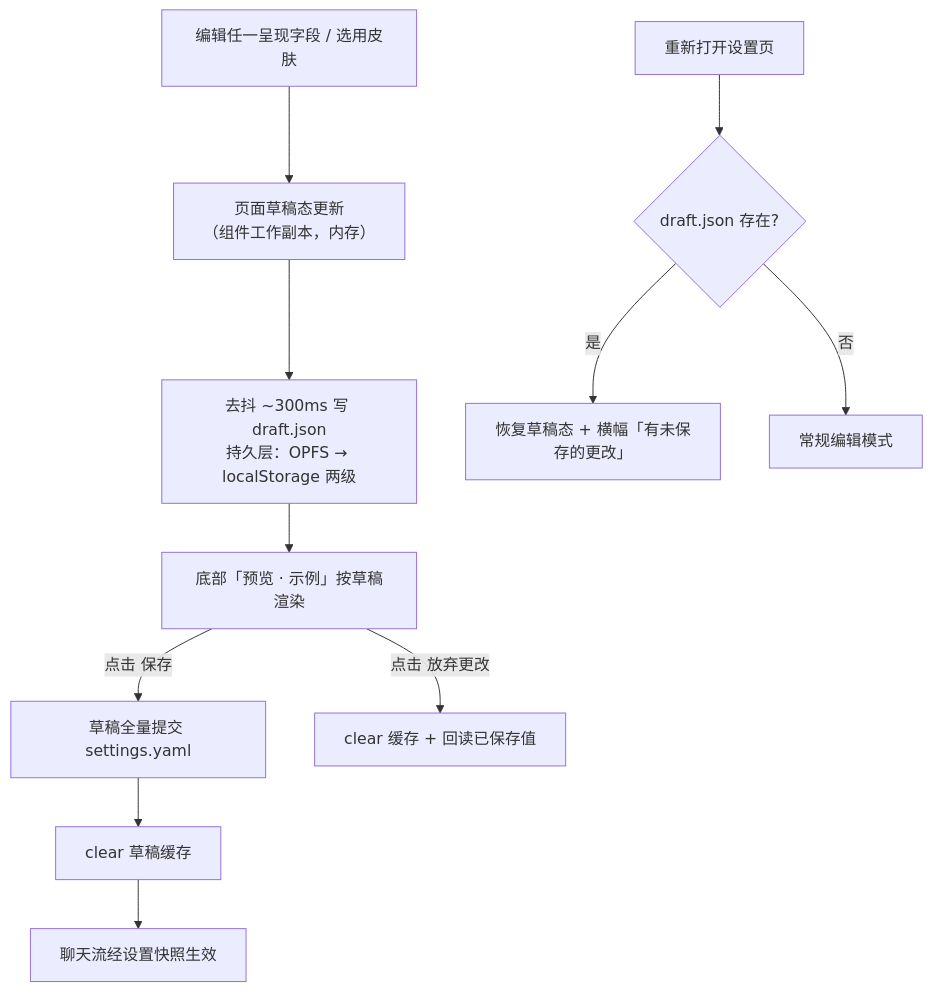
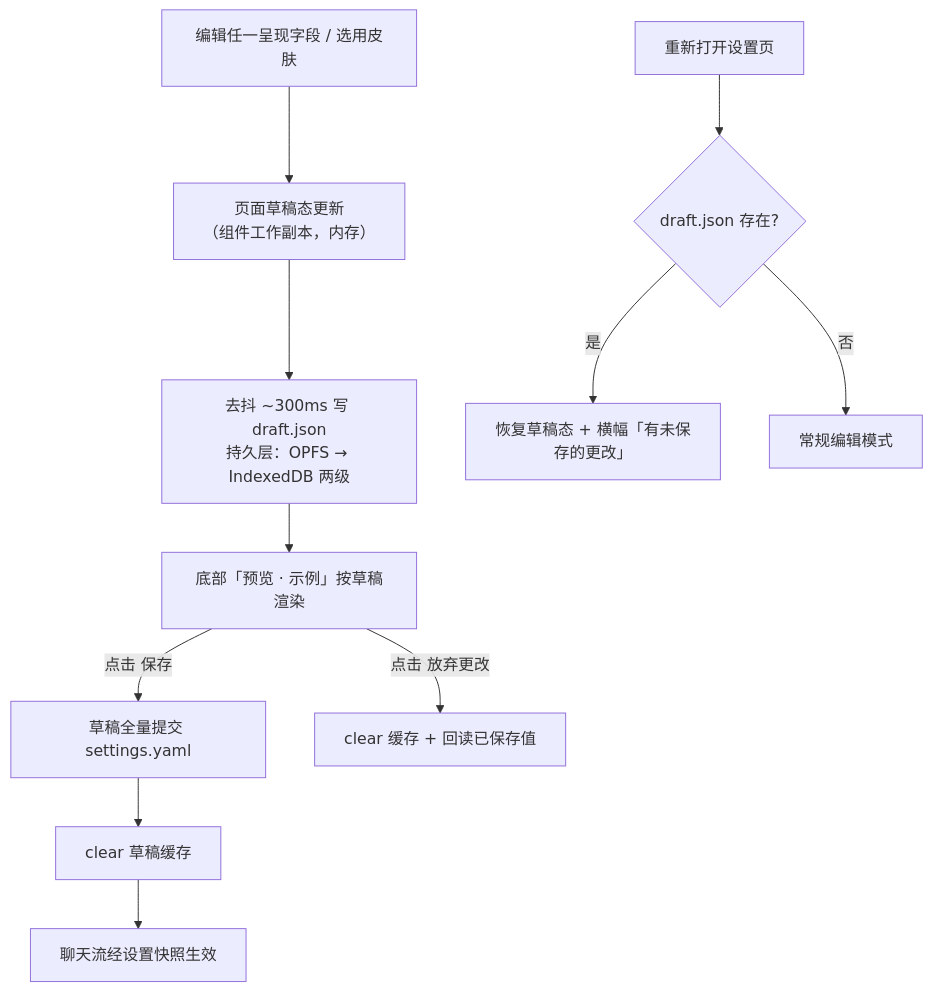
The fourth of 4 diagrams in docs/design/ui-design-20260817-dsh-chat-focus-气泡皮肤与设置重组/ui-design-20260817-dsh-chat-focus-总规划.md (supergameboy/dsh-chat-focus), drawn with Mermaid before and after one commit. The commit also changed other lines of this file and 139 other files, not shown here.

````diff
--- a/docs/design/ui-design-20260817-dsh-chat-focus-气泡皮肤与设置重组/ui-design-20260817-dsh-chat-focus-总规划.md
+++ b/docs/design/ui-design-20260817-dsh-chat-focus-气泡皮肤与设置重组/ui-design-20260817-dsh-chat-focus-总规划.md
@@ -158,13 +162,13 @@
 ```mermaid
 flowchart TD
     E[编辑任一呈现字段 / 选用皮肤] --> D[页面草稿态更新<br/>（组件工作副本，内存）]
-    D --> W[去抖 ~300ms 写 draft.json<br/>持久层：OPFS → localStorage 两级]
+    D --> W[去抖 ~300ms 写 draft.json<br/>持久层：OPFS → IndexedDB 两级]
     W --> PV[底部「预览 · 示例」按草稿渲染]
     PV -->|点击 保存| S[草稿全量提交 settings.yaml]
     S --> C[clear 草稿缓存]
     C --> CHAT[聊天流经设置快照生效]
     PV -->|点击 放弃更改| R[clear 缓存 + 回读已保存值]
     OPEN[重新打开设置页] --> L{draft.json 存在?}
     L -->|是| RES[恢复草稿态 + 横幅「有未保存的更改」]
     L -->|否| IDLE[常规编辑模式]
 ```
````
